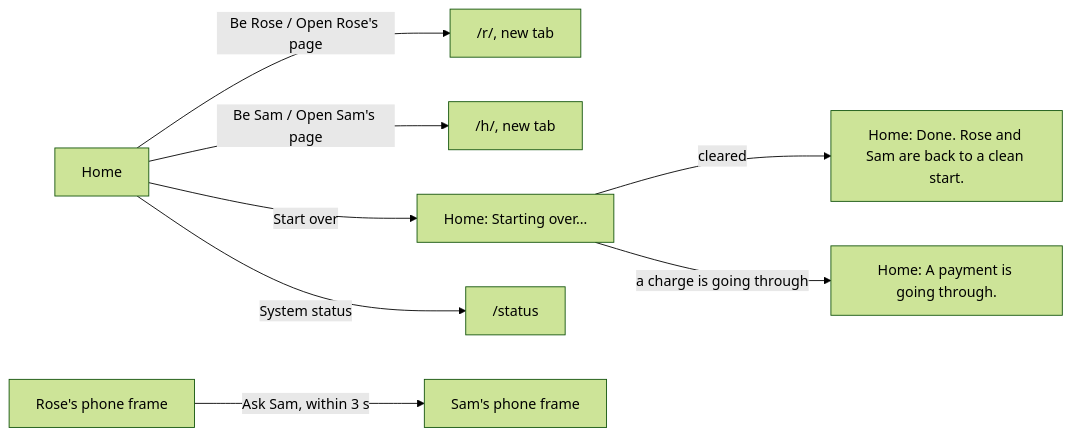
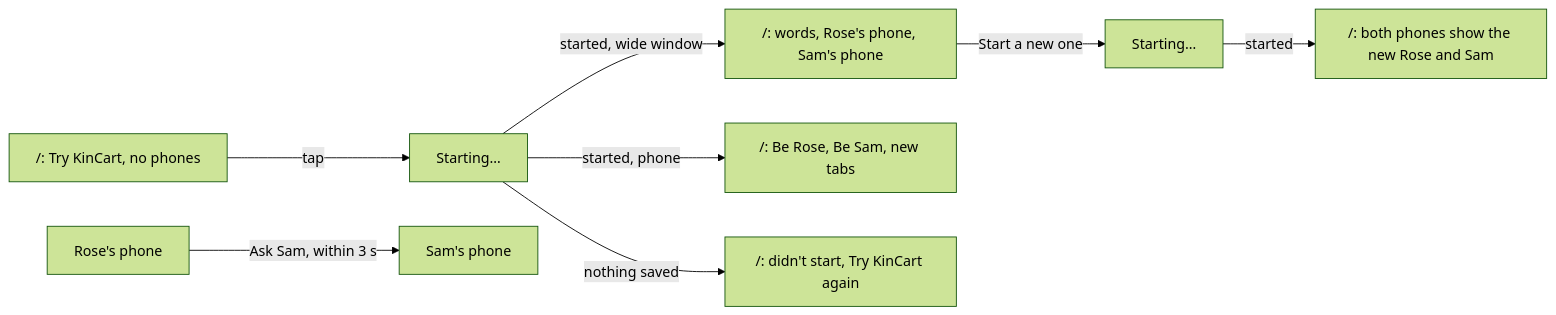
Before and after one commit to dzaffren/kincart: the second of 2 diagrams in docs/specs/demo-home.md, drawn with Mermaid (forest theme). The commit also changed other lines of this file, not shown here.

Commit message:
docs(spec): redo demo-home's interface on top of households

````diff
--- a/docs/specs/demo-home.md
+++ b/docs/specs/demo-home.md
@@ -99,10 +99,10 @@
 ```mermaid
 flowchart LR
-    H["Home"] -- "Be Rose / Open Rose's page" --> R["/r/<token>, new tab"]
-    H -- "Be Sam / Open Sam's page" --> S["/h/<token>, new tab"]
-    H -- "Start over" --> HB["Home: Starting over…"]
-    HB -- "cleared" --> HD["Home: Done. Rose and Sam are back to a clean start."]
-    HB -- "a charge is going through" --> HP["Home: A payment is going through."]
-    H -- "System status" --> ST["/status"]
-    RF["Rose's phone frame"] -- "Ask Sam, within 3 s" --> SF["Sam's phone frame"]
+    N["/: Try KinCart, no phones"] -- "tap" --> B["Starting…"]
+    B -- "started, wide window" --> W["/: words, Rose's phone, Sam's phone"]
+    B -- "started, phone" --> P["/: Be Rose, Be Sam, new tabs"]
+    B -- "nothing saved" --> F["/: didn't start, Try KinCart again"]
+    W -- "Start a new one" --> B2["Starting…"]
+    B2 -- "started" --> W2["/: both phones show the new Rose and Sam"]
+    RF["Rose's phone"] -- "Ask Sam, within 3 s" --> SF["Sam's phone"]
 ```
````
